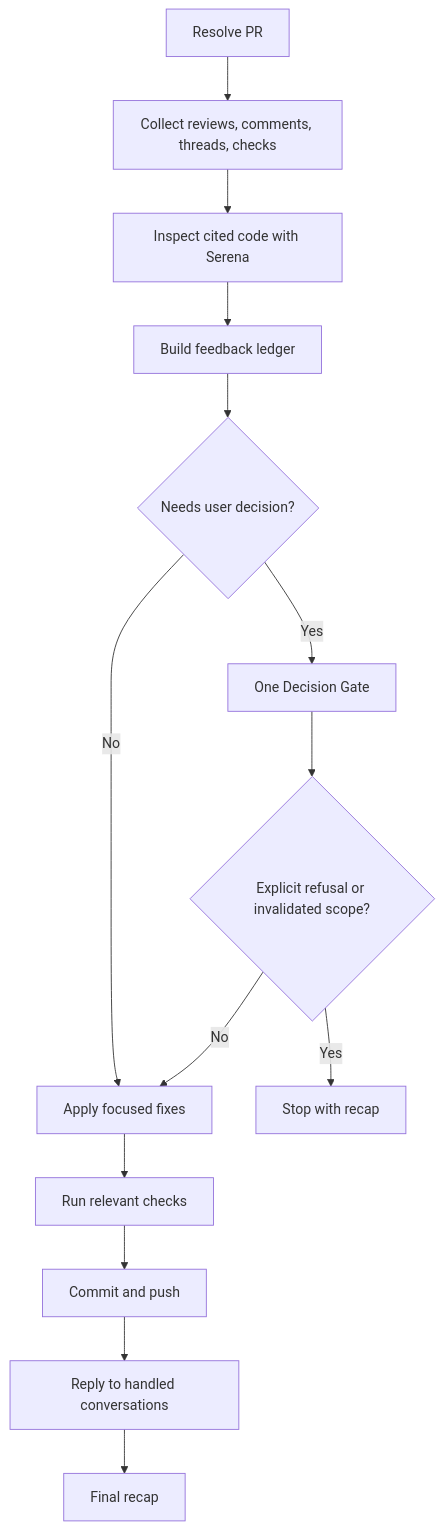
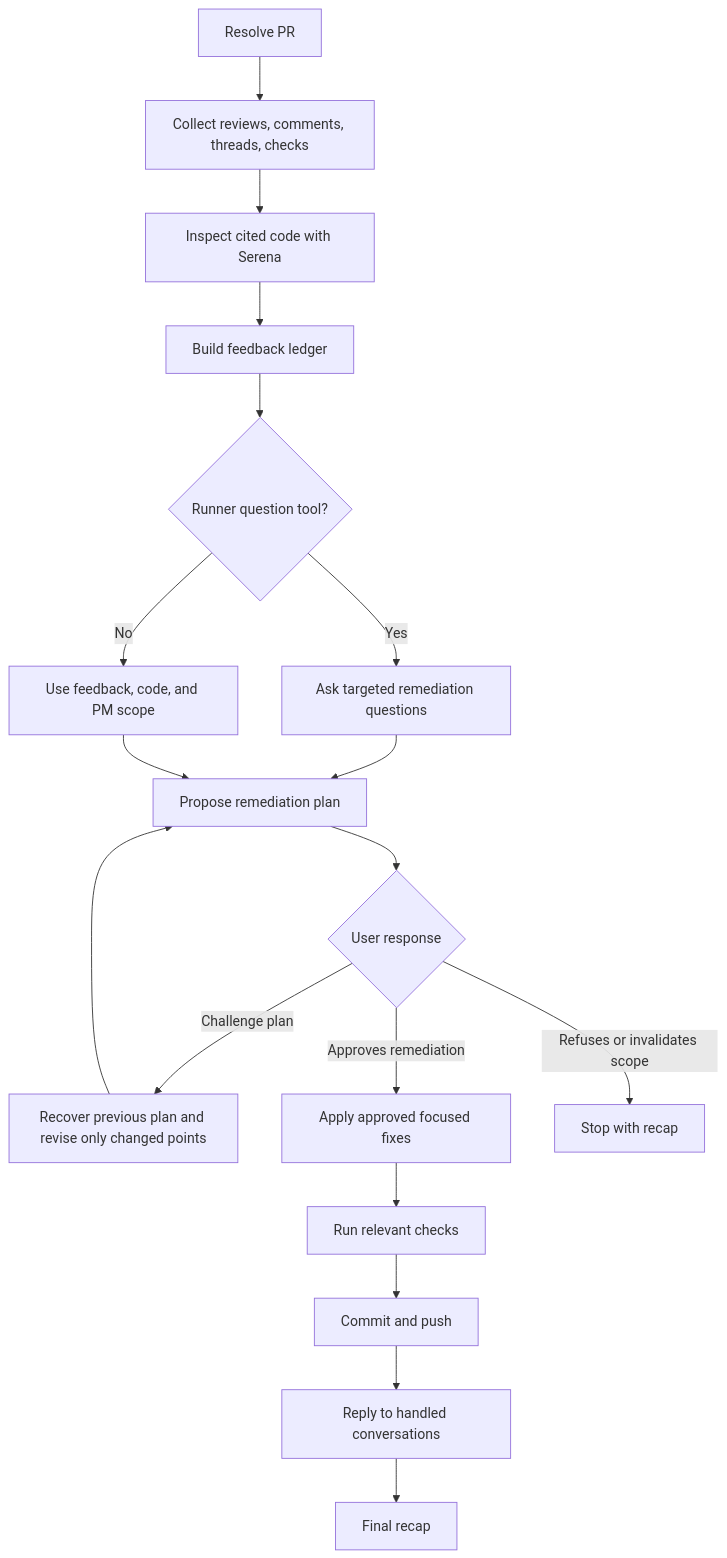
The diagram in skills/fix-pr/SKILL.md (mvagnon/plan-based-agentic-workflow), drawn with Mermaid before and after one commit. The commit also changed other lines of this file and 10 other files, not shown here.

````diff
--- a/skills/fix-pr/SKILL.md
+++ b/skills/fix-pr/SKILL.md
@@ -20,16 +20,20 @@
 ```mermaid
 flowchart TD
   A[Resolve PR] --> B[Collect reviews, comments, threads, checks]
   B --> C[Inspect cited code with Serena]
   C --> D[Build feedback ledger]
-  D --> E{Needs user decision?}
-  E -->|No| F[Apply focused fixes]
-  E -->|Yes| G[One Decision Gate]
-  G --> H{Explicit refusal or invalidated scope?}
-  H -->|Yes| I[Stop with recap]
-  H -->|No| F
-  F --> J[Run relevant checks]
-  J --> K[Commit and push]
-  K --> L[Reply to handled conversations]
-  L --> M[Final recap]
+  D --> E{Runner question tool?}
+  E -->|Yes| F[Ask targeted remediation questions]
+  E -->|No| G[Use feedback, code, and PM scope]
+  F --> H[Propose remediation plan]
+  G --> H
+  H --> I{User response}
+  I -->|Challenge plan| J[Recover previous plan and revise only changed points]
+  J --> H
+  I -->|Approves remediation| K[Apply approved focused fixes]
+  I -->|Refuses or invalidates scope| L[Stop with recap]
+  K --> M[Run relevant checks]
+  M --> N[Commit and push]
+  N --> O[Reply to handled conversations]
+  O --> P[Final recap]
 ```
````
